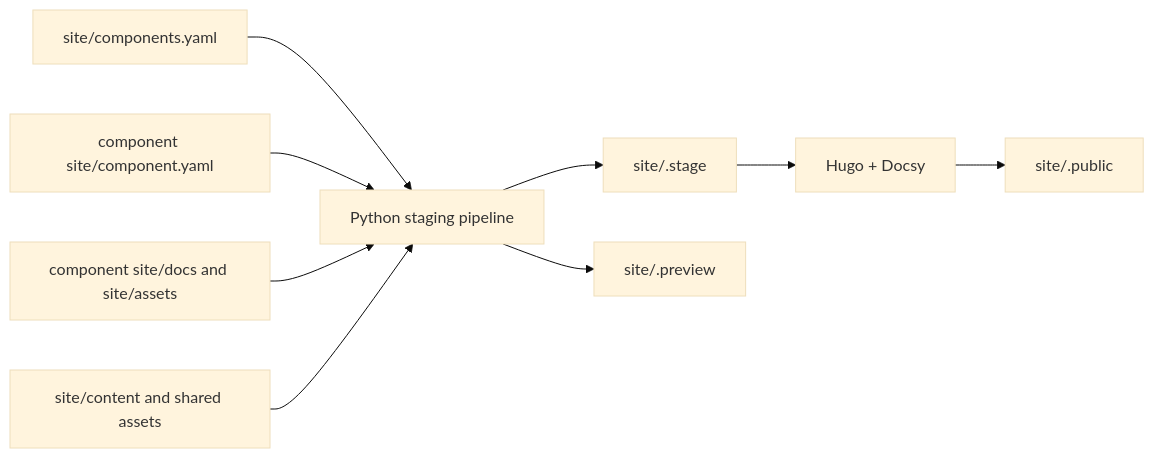
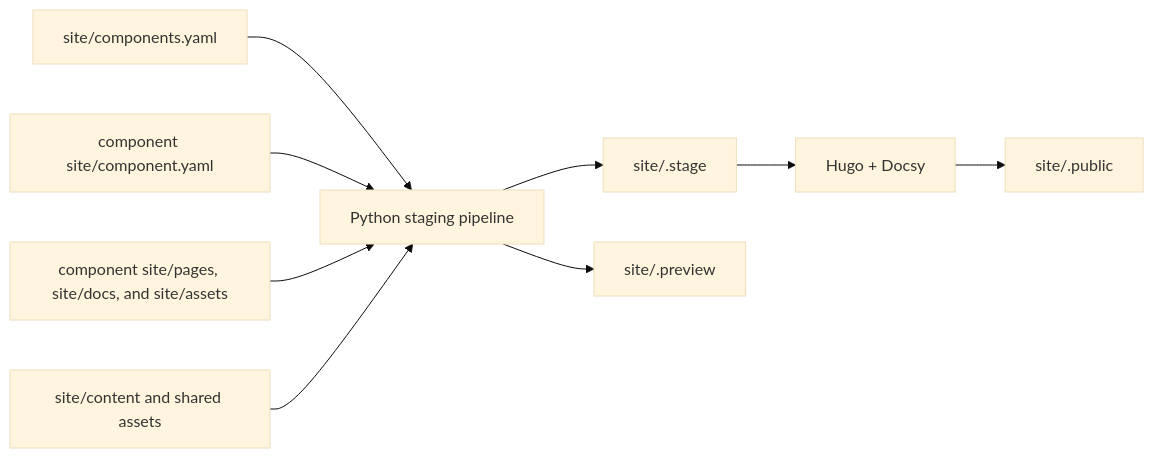
The first of 2 diagrams in site/site/docs/site-pipeline.md (buildish-tooling/buildish), drawn with Mermaid (base theme) before and after one commit. The commit also changed other lines of this file and 17 other files, not shown here.

Commit message:
component pages + navbar tweaks

````diff
--- a/site/site/docs/site-pipeline.md
+++ b/site/site/docs/site-pipeline.md
@@ -47,11 +48,11 @@
 ```mermaid
 flowchart LR
     A[site/components.yaml] --> P[Python staging pipeline]
     B[component site/component.yaml] --> P
-    C[component site/docs and site/assets] --> P
+    C[component site/pages, site/docs, and site/assets] --> P
     D[site/content and shared assets] --> P
     P --> S[site/.stage]
     P --> V[site/.preview]
     S --> H[Hugo + Docsy]
     H --> U[site/.public]
 ```
````
